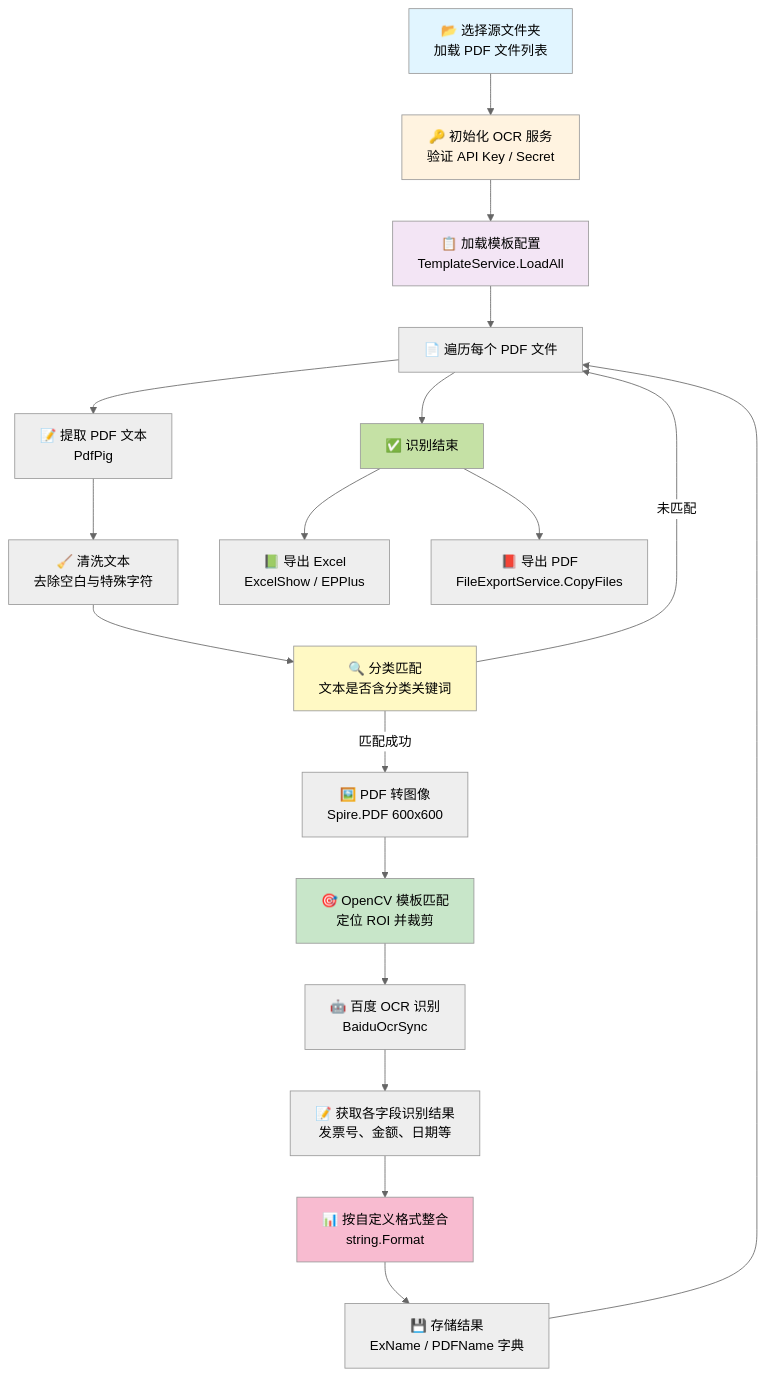
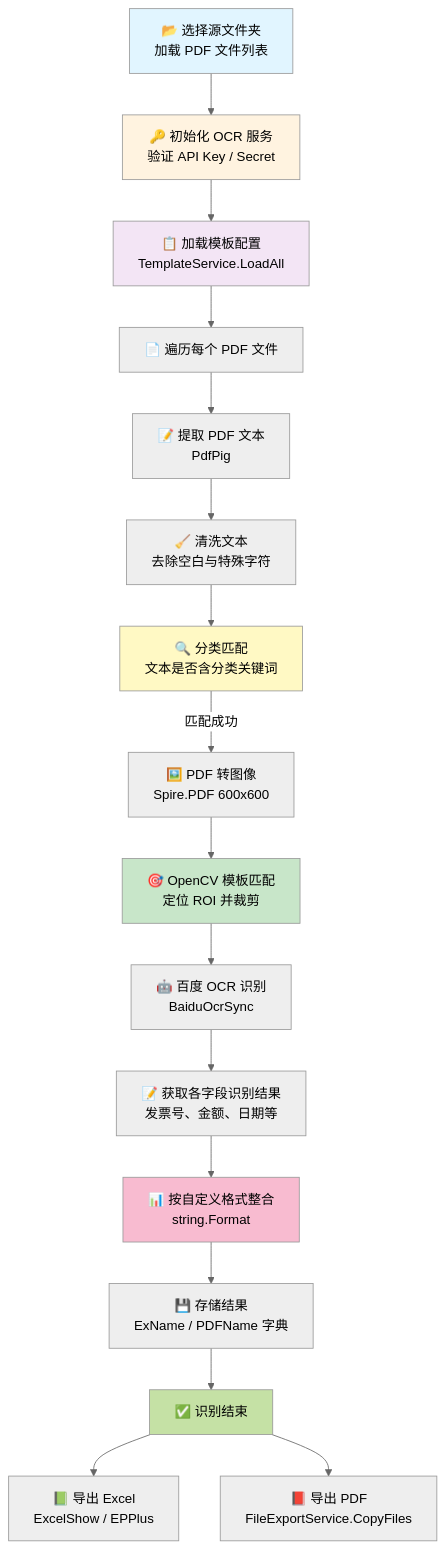
The diagram in README.md (sleep-jin/Reimbursement-form), drawn with Mermaid (neutral theme) before and after one commit.

````diff
--- a/README.md
+++ b/README.md
@@ -160,28 +160,26 @@
 ```mermaid
 flowchart TD
     A["📂 选择源文件夹<br/>加载 PDF 文件列表"] --> B["🔑 初始化 OCR 服务<br/>验证 API Key / Secret"]
     B --> C["📋 加载模板配置<br/>TemplateService.LoadAll"]
     C --> D["📄 遍历每个 PDF 文件"]
     D --> E["📝 提取 PDF 文本<br/>PdfPig"]
     E --> F["🧹 清洗文本<br/>去除空白与特殊字符"]
     F --> G["🔍 分类匹配<br/>文本是否含分类关键词"]
     G -->|匹配成功| H["🖼️ PDF 转图像<br/>Spire.PDF 600x600"]
-    G -->|未匹配| D
     H --> I["🎯 OpenCV 模板匹配<br/>定位 ROI 并裁剪"]
     I --> J["🤖 百度 OCR 识别<br/>BaiduOcrSync"]
     J --> K["📝 获取各字段识别结果<br/>发票号、金额、日期等"]
     K --> L["📊 按自定义格式整合<br/>string.Format"]
     L --> M["💾 存储结果<br/>ExName / PDFName 字典"]
-    M --> D
-    D --> N["✅ 识别结束"]
+    M --> N["✅ 识别结束"]
     N --> O["📗 导出 Excel<br/>ExcelShow / EPPlus"]
     N --> P["📕 导出 PDF<br/>FileExportService.CopyFiles"]
 
     style A fill:#e1f5ff
     style B fill:#fff3e0
     style C fill:#f3e5f5
     style G fill:#fff9c4
     style I fill:#c8e6c9
     style L fill:#f8bbd0
     style N fill:#c5e1a5
 ```
````
